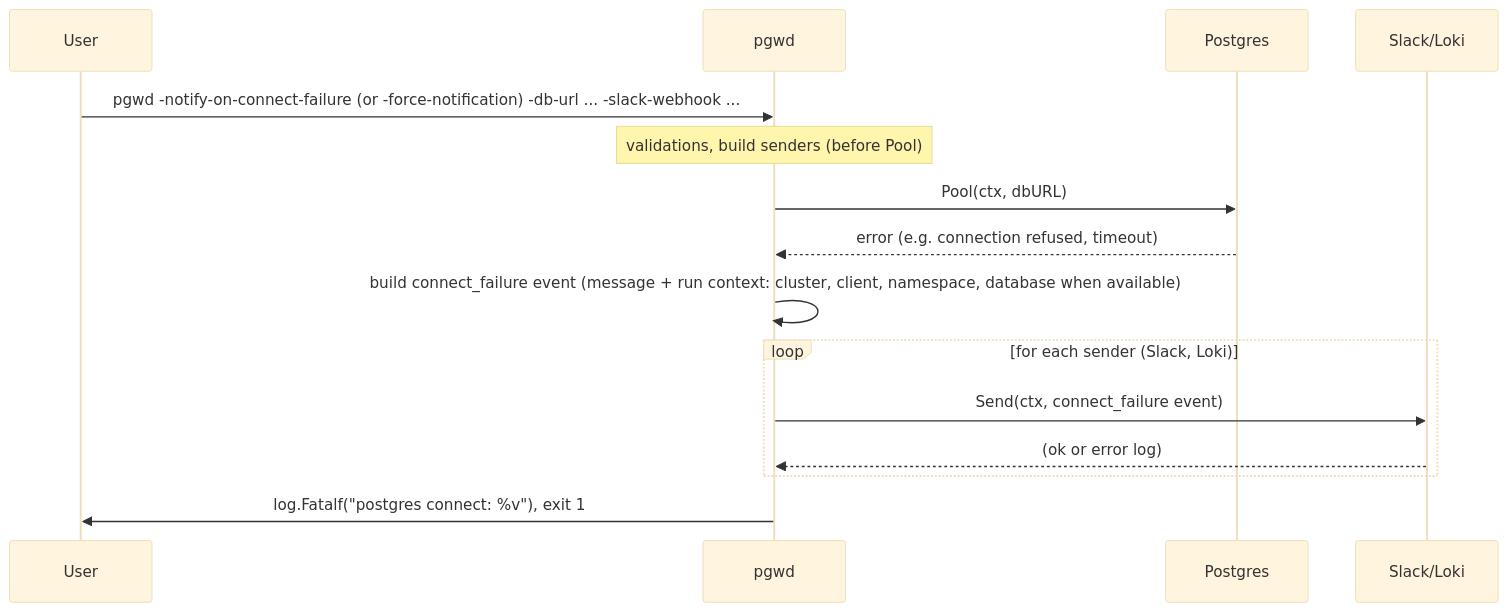
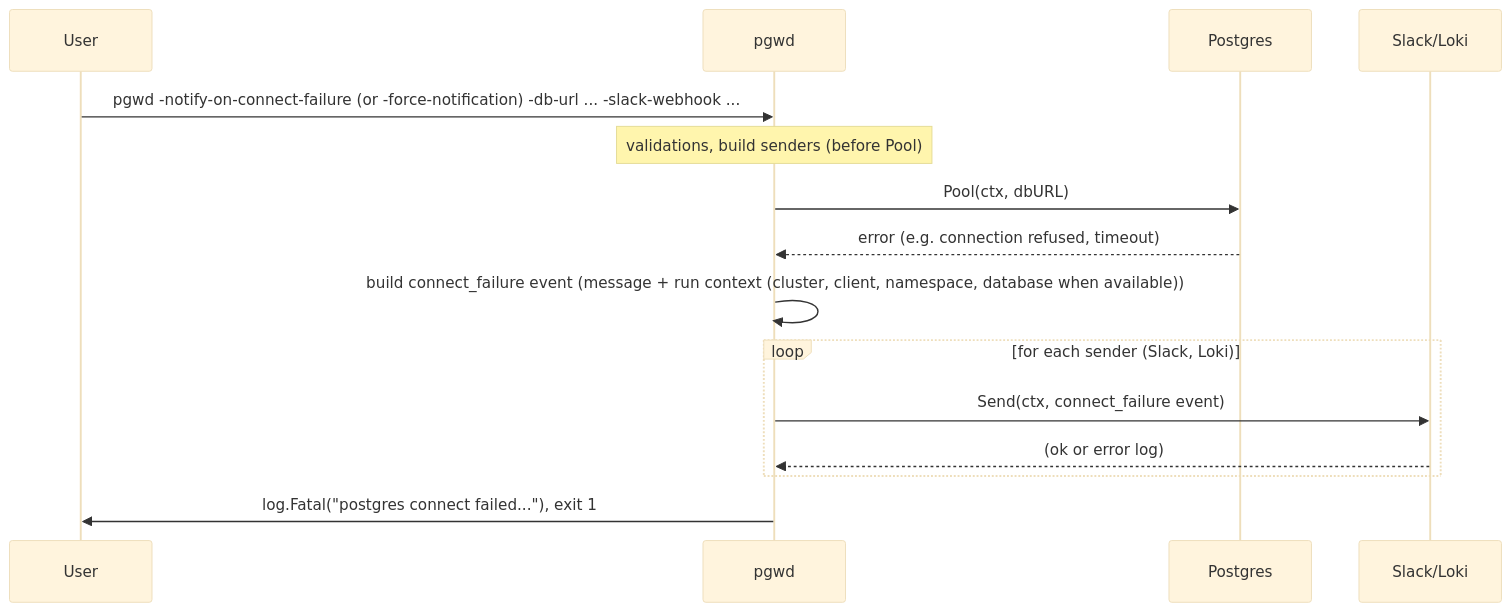
Before and after one commit to hrodrig/pgwd: the diagram in docs/sequence/07-connect-failure-notification.md, drawn with Mermaid (base theme). The commit also changed 12 other files, not shown here.

First line of the commit message:
docs: sequence diagrams Mermaid fixes, AUDIT vs code, CHANGELOG from PLAN, rules

````diff
--- a/docs/sequence/07-connect-failure-notification.md
+++ b/docs/sequence/07-connect-failure-notification.md
@@ -5,18 +5,18 @@
 ```mermaid
 sequenceDiagram
     participant User
     participant pgwd
     participant Postgres
     participant Slack as Slack/Loki
 
     User->>pgwd: pgwd -notify-on-connect-failure (or -force-notification) -db-url ... -slack-webhook ...
     Note over pgwd: validations, build senders (before Pool)
     pgwd->>Postgres: Pool(ctx, dbURL)
     Postgres-->>pgwd: error (e.g. connection refused, timeout)
-    pgwd->>pgwd: build connect_failure event (message + run context: cluster, client, namespace, database when available)
+    pgwd->>pgwd: build connect_failure event (message + run context (cluster, client, namespace, database when available))
     loop for each sender (Slack, Loki)
         pgwd->>Slack: Send(ctx, connect_failure event)
         Slack-->>pgwd: (ok or error log)
     end
-    pgwd->>User: log.Fatalf("postgres connect: %v"), exit 1
+    pgwd->>User: log.Fatal("postgres connect failed..."), exit 1
 ```
````
